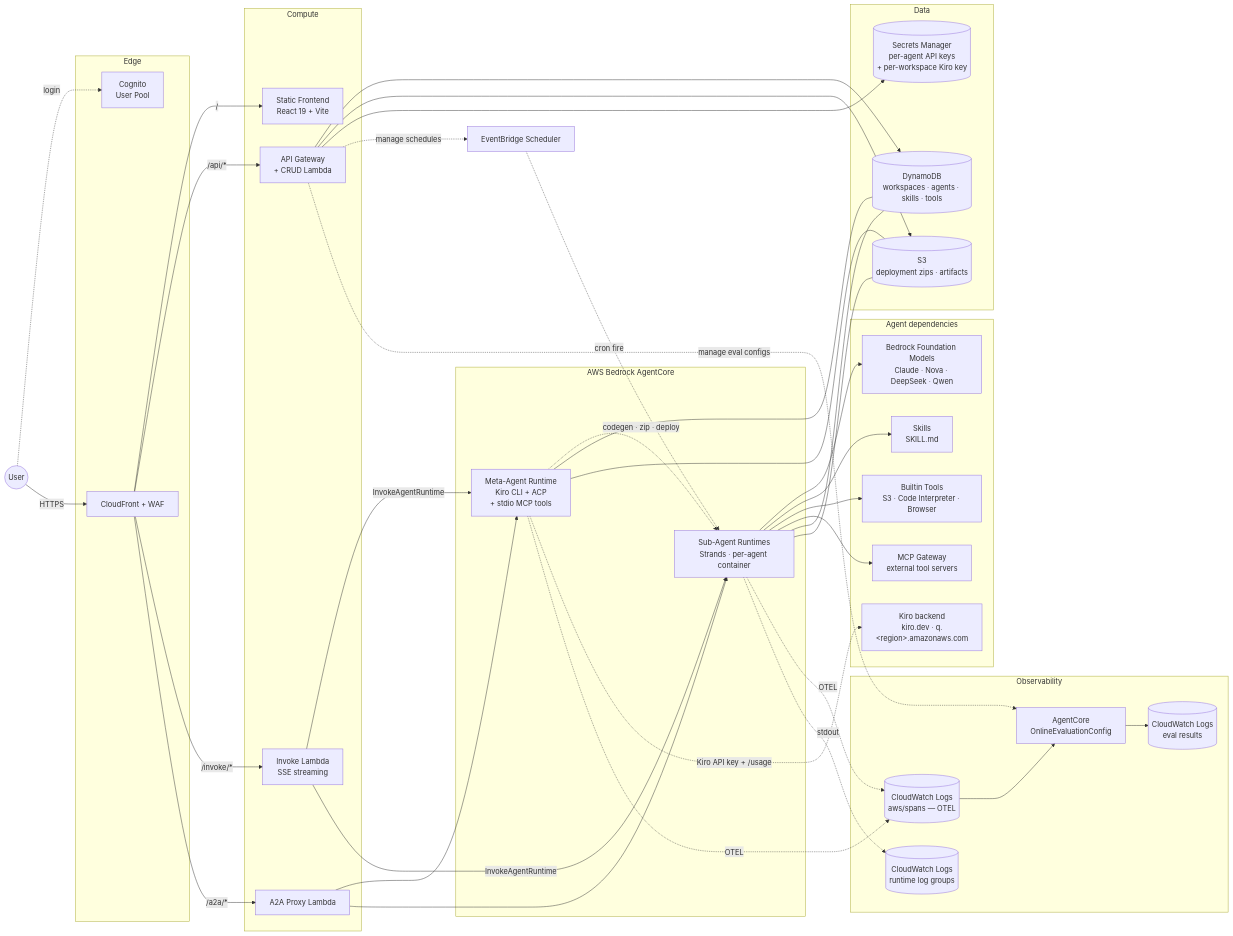
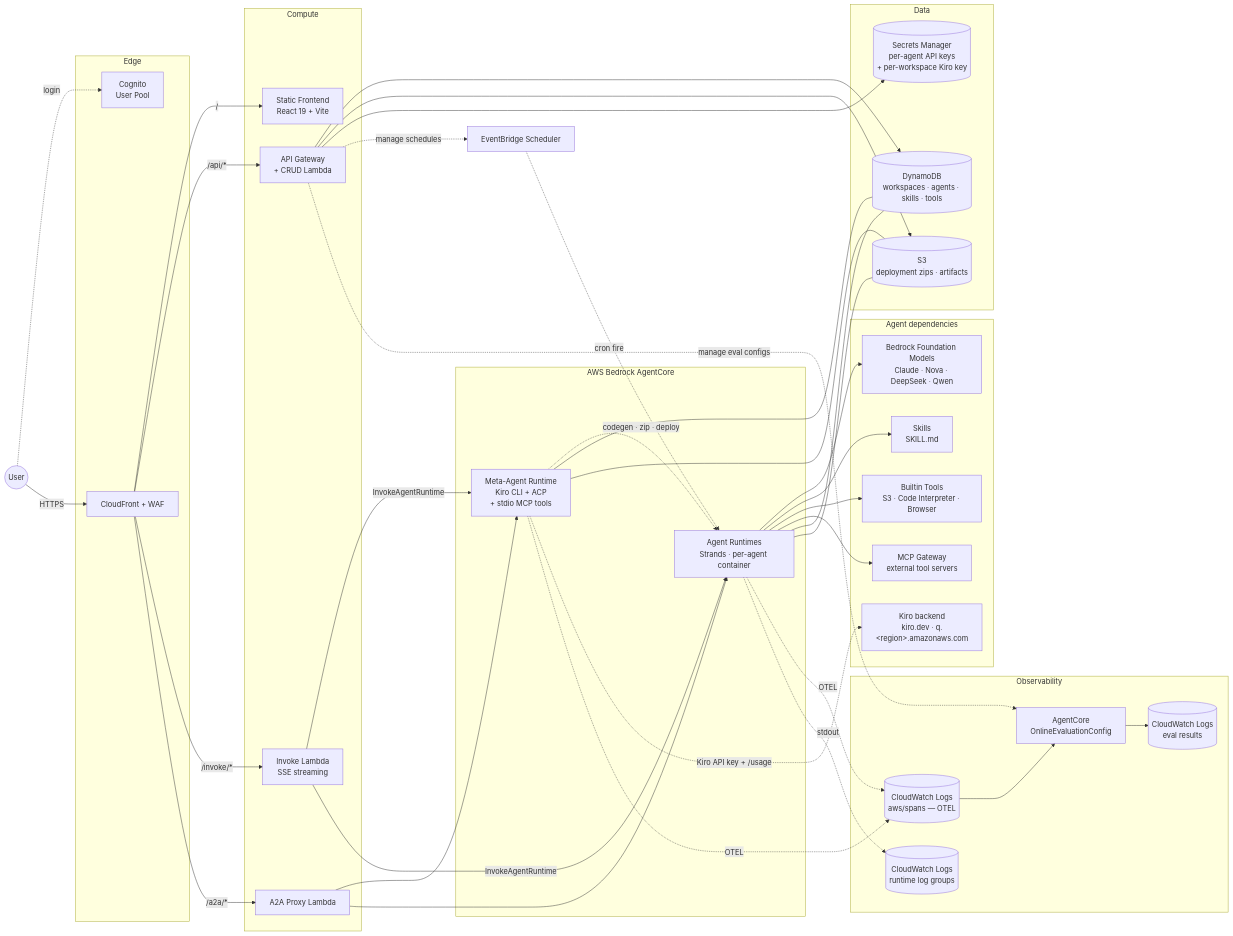
Before and after one commit to ddpie/agent-studio: the second of 2 diagrams in docs/architecture.md, drawn with Mermaid. The commit also changed other lines of this file and 50 other files, not shown here.

First line of the commit message:
docs: rename Sub-Agent → Agent, drop absolute tool/MCP counts

````diff
--- a/docs/architecture.md
+++ b/docs/architecture.md
@@ -206,81 +206,81 @@
 ```mermaid
 graph LR
     User((User))
 
     subgraph Edge
         CF[CloudFront + WAF]
         Cognito[Cognito<br/>User Pool]
     end
 
     subgraph Compute
         FE[Static Frontend<br/>React 19 + Vite]
         API[API Gateway<br/>+ CRUD Lambda]
         Invoke[Invoke Lambda<br/>SSE streaming]
         A2A[A2A Proxy Lambda]
     end
 
     subgraph AgentCore["AWS Bedrock AgentCore"]
         Meta[Meta-Agent Runtime<br/>Kiro CLI + ACP<br/>+ stdio MCP tools]
-        Sub[Sub-Agent Runtimes<br/>Strands · per-agent container]
+        Sub[Agent Runtimes<br/>Strands · per-agent container]
     end
 
     subgraph Outbound["Agent dependencies"]
         Kiro[Kiro backend<br/>kiro.dev · q.&lt;region&gt;.amazonaws.com]
         Bedrock[Bedrock Foundation Models<br/>Claude · Nova · DeepSeek · Qwen]
         Skills[Skills<br/>SKILL.md]
         Tools[Builtin Tools<br/>S3 · Code Interpreter · Browser]
         MCP[MCP Gateway<br/>external tool servers]
     end
 
     subgraph Data
         DDB[(DynamoDB<br/>workspaces · agents · skills · tools)]
         S3[(S3<br/>deployment zips · artifacts)]
         Secrets[(Secrets Manager<br/>per-agent API keys<br/>+ per-workspace Kiro key)]
     end
 
     subgraph Observability
         Spans[(CloudWatch Logs<br/>aws/spans — OTEL)]
         RuntimeLogs[(CloudWatch Logs<br/>runtime log groups)]
         Eval[AgentCore<br/>OnlineEvaluationConfig]
         EvalLogs[(CloudWatch Logs<br/>eval results)]
     end
 
     EB[EventBridge Scheduler]
 
     User -.login.-> Cognito
     User -->|HTTPS| CF
     CF -->|/| FE
     CF -->|/api/*| API
     CF -->|/invoke/*| Invoke
     CF -->|/a2a/*| A2A
 
     API --> DDB
     API --> S3
     API --> Secrets
     API -.manage schedules.-> EB
     API -.manage eval configs.-> Eval
     Invoke -->|InvokeAgentRuntime| Meta
     Invoke -->|InvokeAgentRuntime| Sub
     A2A --> Meta
     A2A --> Sub
 
     Meta -.codegen · zip · deploy.-> Sub
     Meta --- DDB
     Meta --- S3
     Meta -.Kiro API key + /usage.-> Kiro
 
     Sub --> Bedrock
     Sub --> Skills
     Sub --> Tools
     Sub --> MCP
     Sub --- DDB
     Sub --- S3
 
     EB -.cron fire.-> Sub
 
     Meta -.OTEL.-> Spans
     Sub -.OTEL.-> Spans
     Sub -.stdout.-> RuntimeLogs
     Spans --> Eval
     Eval --> EvalLogs
 ```
````
